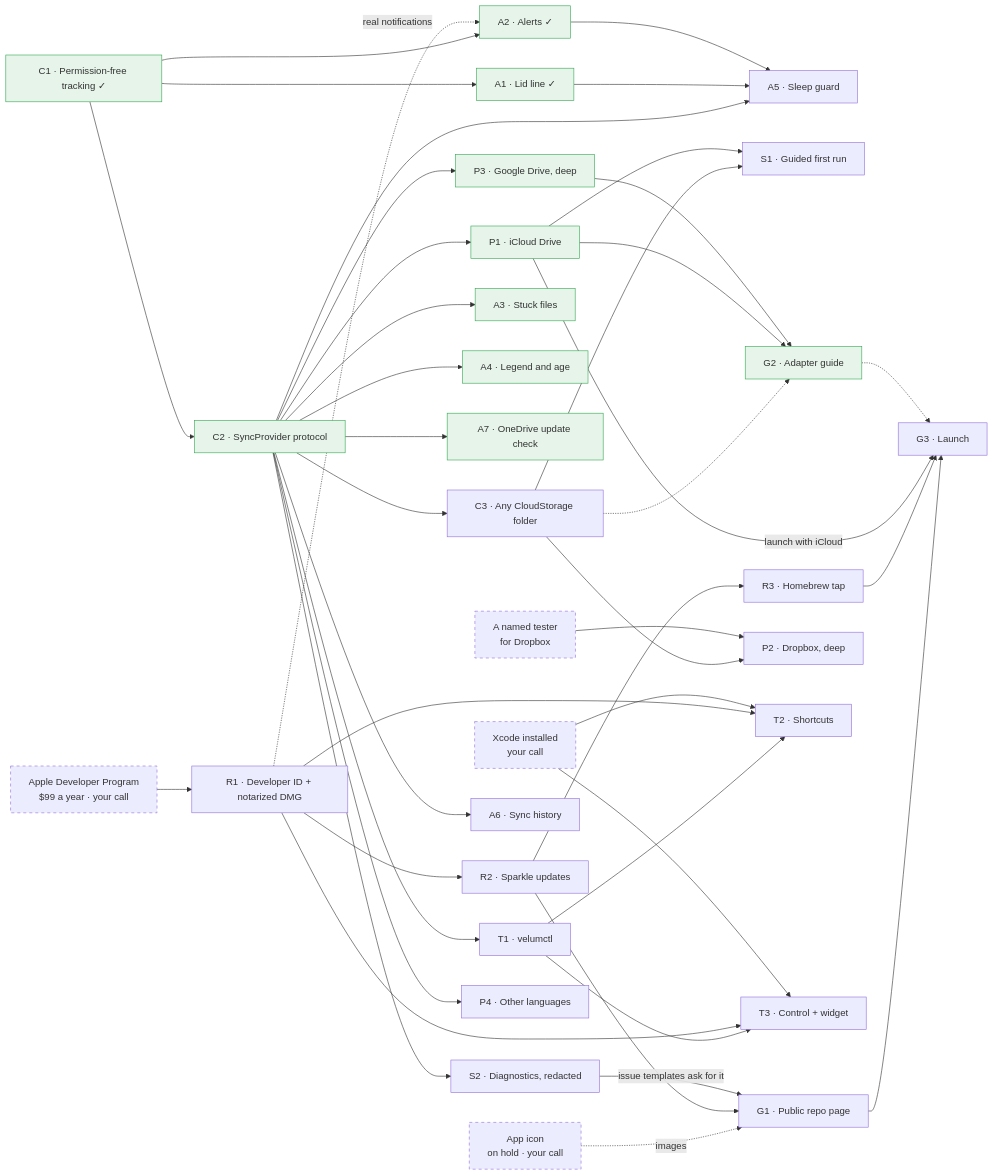
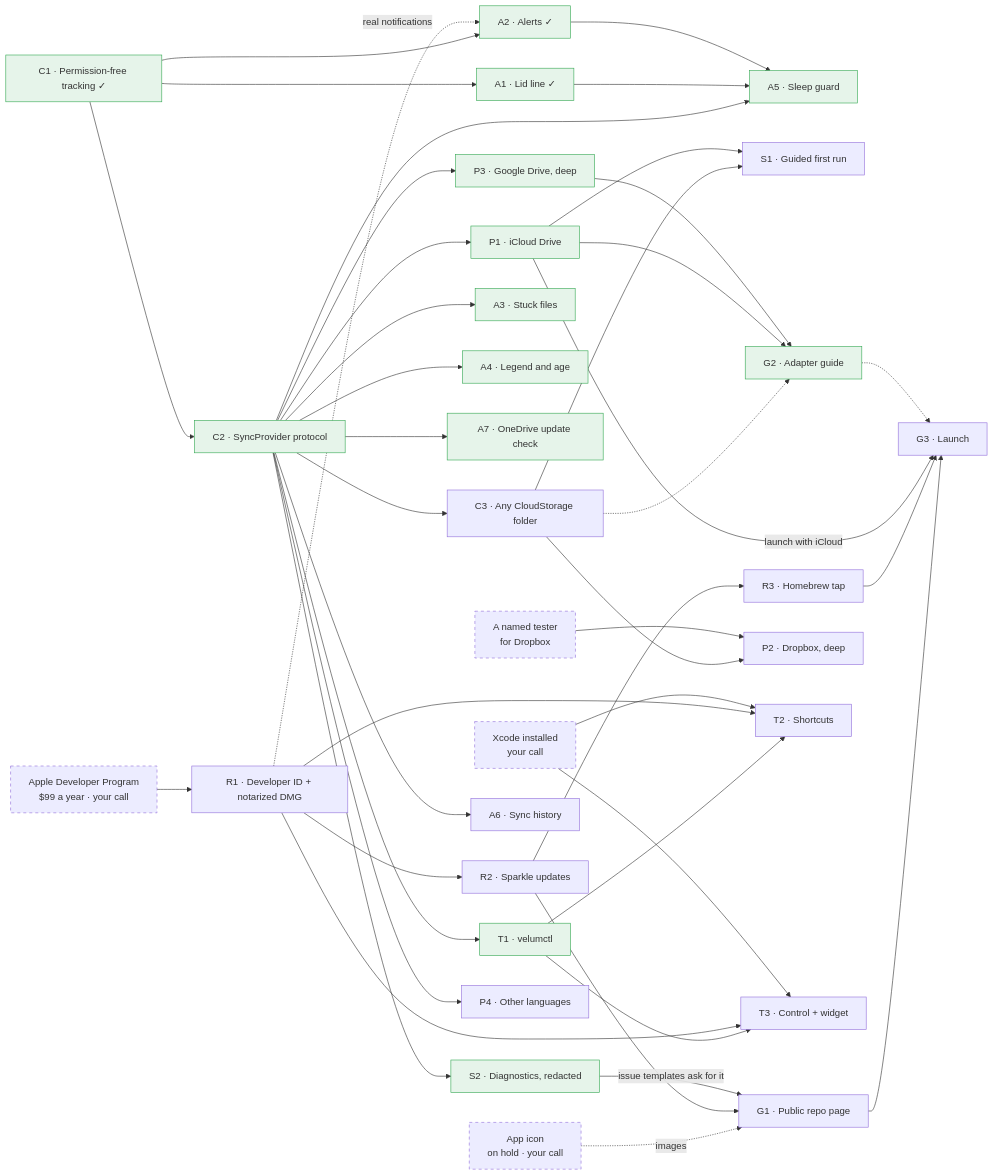
One commit to nafatyuk/velum changed the diagram in docs/plans/roadmap/README.md. Above: the diagram before and after it, drawn with Mermaid. The commit also changed other lines of this file, not shown here.

Commit message:
Roadmap: T1, A5 and S2 merged

````diff
--- a/docs/plans/roadmap/README.md
+++ b/docs/plans/roadmap/README.md
@@ -231,6 +231,6 @@
 
   classDef done fill:#e6f4ea,stroke:#34a853
   classDef gate stroke-dasharray: 5 5
-  class C1,A1,A2,C2,P1,P3,A3,A4,A7,G2 done
+  class C1,A1,A2,C2,P1,P3,A3,A4,A7,G2,T1,A5,S2 done
   class ICON,ENROL,TESTER,XCODE gate
 ```
````
